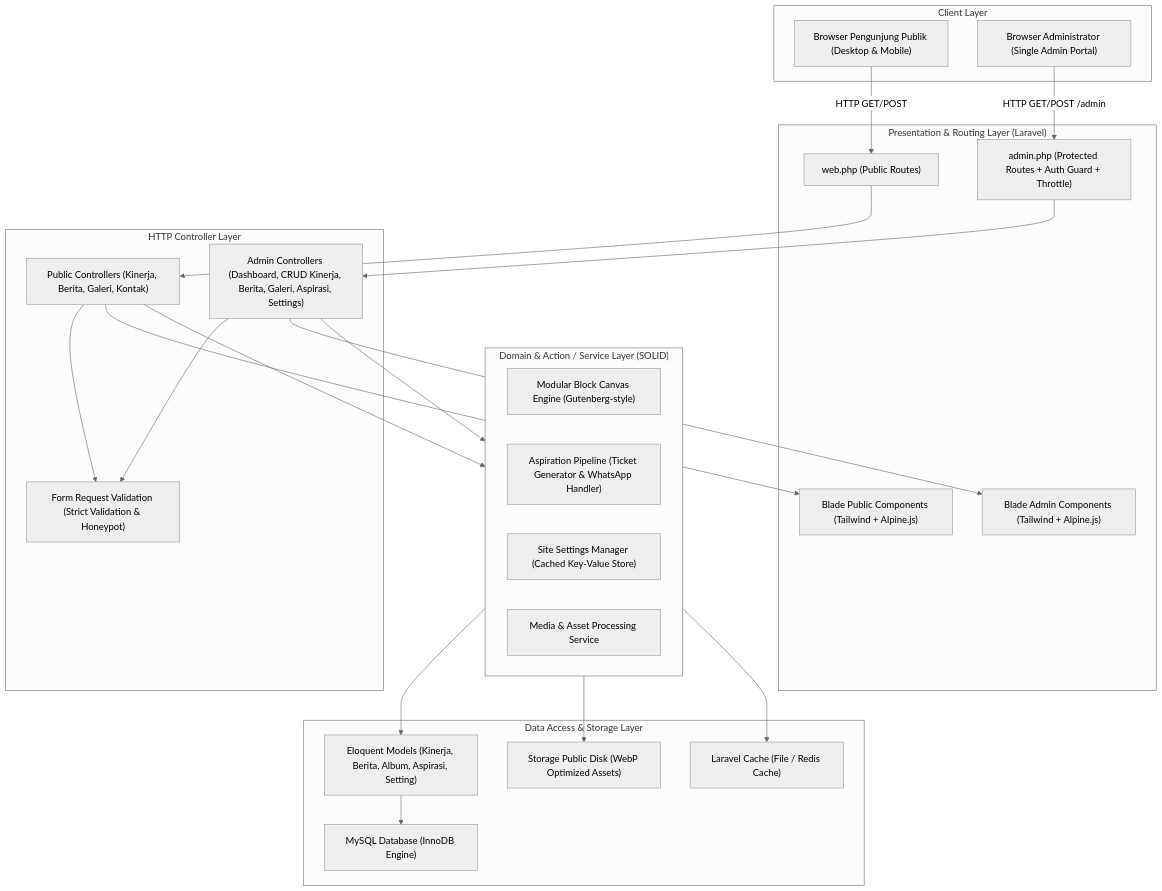
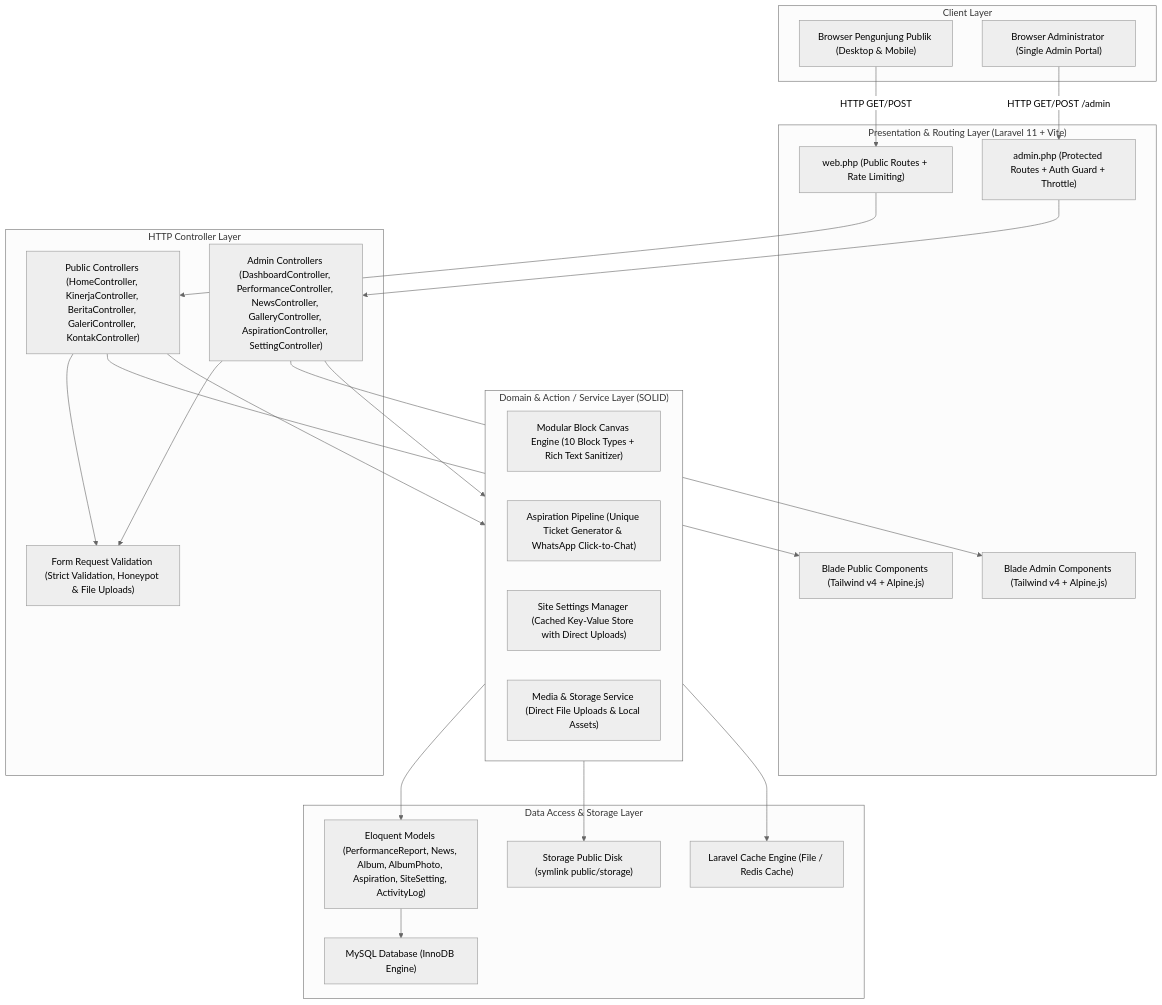
Before and after one commit to azrilzulfan/BanuBagaskara: the first of 4 diagrams in docs/ARCHITECTURE.md, drawn with Mermaid (neutral theme). The commit also changed other lines of this file and 23 other files, not shown here.

Commit message:
feat: complete module updates for kinerja, berita, galeri, aspirasi, settings, and sync technical docs

````diff
--- a/docs/ARCHITECTURE.md
+++ b/docs/ARCHITECTURE.md
@@ -11,55 +11,55 @@
 ```mermaid
 flowchart TD
     subgraph Client ["Client Layer"]
         PublicBrowser["Browser Pengunjung Publik (Desktop & Mobile)"]
         AdminBrowser["Browser Administrator (Single Admin Portal)"]
     end
 
-    subgraph Presentation ["Presentation & Routing Layer (Laravel)"]
-        WebRoutes["web.php (Public Routes)"]
+    subgraph Presentation ["Presentation & Routing Layer (Laravel 11 + Vite)"]
+        WebRoutes["web.php (Public Routes + Rate Limiting)"]
         AdminRoutes["admin.php (Protected Routes + Auth Guard + Throttle)"]
-        PublicViews["Blade Public Components (Tailwind + Alpine.js)"]
-        AdminViews["Blade Admin Components (Tailwind + Alpine.js)"]
+        PublicViews["Blade Public Components (Tailwind v4 + Alpine.js)"]
+        AdminViews["Blade Admin Components (Tailwind v4 + Alpine.js)"]
     end
 
     subgraph ControllerLayer ["HTTP Controller Layer"]
-        PublicControllers["Public Controllers (Kinerja, Berita, Galeri, Kontak)"]
-        AdminControllers["Admin Controllers (Dashboard, CRUD Kinerja, Berita, Galeri, Aspirasi, Settings)"]
-        FormRequests["Form Request Validation (Strict Validation & Honeypot)"]
+        PublicControllers["Public Controllers (HomeController, KinerjaController, BeritaController, GaleriController, KontakController)"]
+        AdminControllers["Admin Controllers (DashboardController, PerformanceController, NewsController, GalleryController, AspirationController, SettingController)"]
+        FormRequests["Form Request Validation (Strict Validation, Honeypot & File Uploads)"]
     end
 
     subgraph DomainLayer ["Domain & Action / Service Layer (SOLID)"]
-        BlockEngine["Modular Block Canvas Engine (Gutenberg-style)"]
-        AspirationService["Aspiration Pipeline (Ticket Generator & WhatsApp Handler)"]
-        SettingsService["Site Settings Manager (Cached Key-Value Store)"]
-        MediaService["Media & Asset Processing Service"]
+        BlockEngine["Modular Block Canvas Engine (10 Block Types + Rich Text Sanitizer)"]
+        AspirationService["Aspiration Pipeline (Unique Ticket Generator & WhatsApp Click-to-Chat)"]
+        SettingsService["Site Settings Manager (Cached Key-Value Store with Direct Uploads)"]
+        MediaService["Media & Storage Service (Direct File Uploads & Local Assets)"]
     end
 
     subgraph DataLayer ["Data Access & Storage Layer"]
-        EloquentModels["Eloquent Models (Kinerja, Berita, Album, Aspirasi, Setting)"]
+        EloquentModels["Eloquent Models (PerformanceReport, News, Album, AlbumPhoto, Aspiration, SiteSetting, ActivityLog)"]
         MySQL["MySQL Database (InnoDB Engine)"]
-        PublicDisk["Storage Public Disk (WebP Optimized Assets)"]
-        AppCache["Laravel Cache (File / Redis Cache)"]
+        PublicDisk["Storage Public Disk (symlink public/storage)"]
+        AppCache["Laravel Cache Engine (File / Redis Cache)"]
     end
 
     PublicBrowser -->|HTTP GET/POST| WebRoutes
     AdminBrowser -->|HTTP GET/POST /admin| AdminRoutes
 
     WebRoutes --> PublicControllers
     AdminRoutes --> AdminControllers
 
     PublicControllers --> FormRequests
     AdminControllers --> FormRequests
 
     PublicControllers --> PublicViews
     AdminControllers --> AdminViews
 
     PublicControllers --> DomainLayer
     AdminControllers --> DomainLayer
 
     DomainLayer --> EloquentModels
     DomainLayer --> PublicDisk
     DomainLayer --> AppCache
 
     EloquentModels --> MySQL
 ```
````
